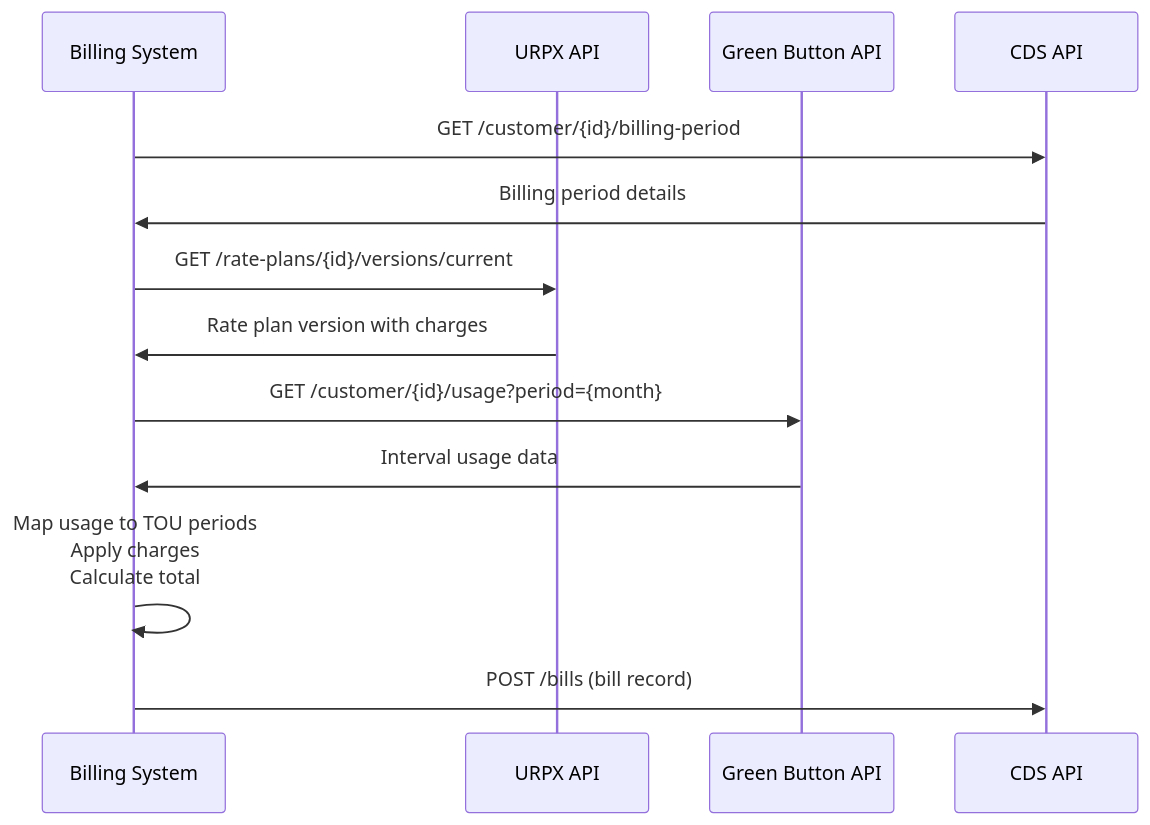
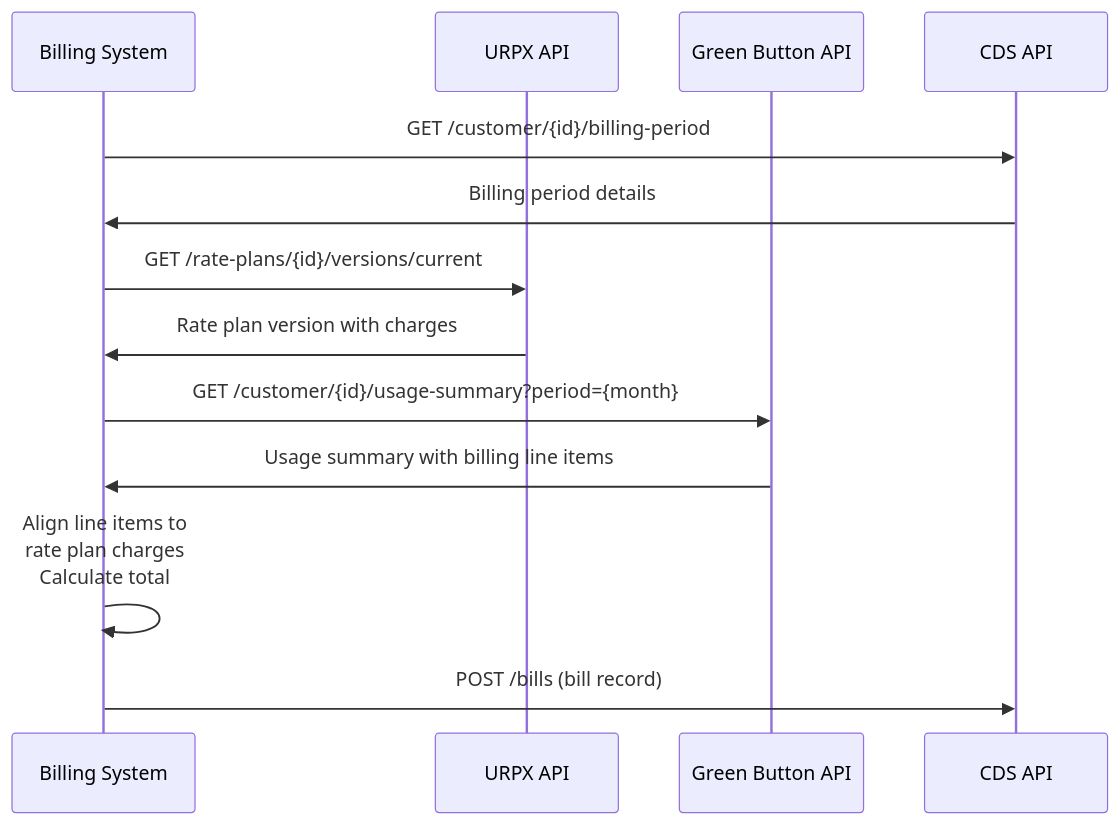
The second of 2 diagrams in documentation/pages/urpx-interoperability.md (urpx-org/urpx), drawn with Mermaid before and after one commit. The commit also changed other lines of this file, not shown here.

First line of the commit message:
Align the Green Button interoperability section with the current mapping

````diff
--- a/documentation/pages/urpx-interoperability.md
+++ b/documentation/pages/urpx-interoperability.md
@@ -307,20 +308,20 @@
 ```mermaid
 sequenceDiagram
     participant System as Billing System
     participant URPX as URPX API
     participant GB as Green Button API
     participant CDS as CDS API
     
     System->>CDS: GET /customer/{id}/billing-period
     CDS->>System: Billing period details
     
     System->>URPX: GET /rate-plans/{id}/versions/current
     URPX->>System: Rate plan version with charges
     
-    System->>GB: GET /customer/{id}/usage?period={month}
-    GB->>System: Interval usage data
+    System->>GB: GET /customer/{id}/usage-summary?period={month}
+    GB->>System: Usage summary with billing line items
     
-    System->>System: Map usage to TOU periods<br/>Apply charges<br/>Calculate total
+    System->>System: Align line items to<br/>rate plan charges<br/>Calculate total
     
     System->>CDS: POST /bills (bill record)
 ```
````
